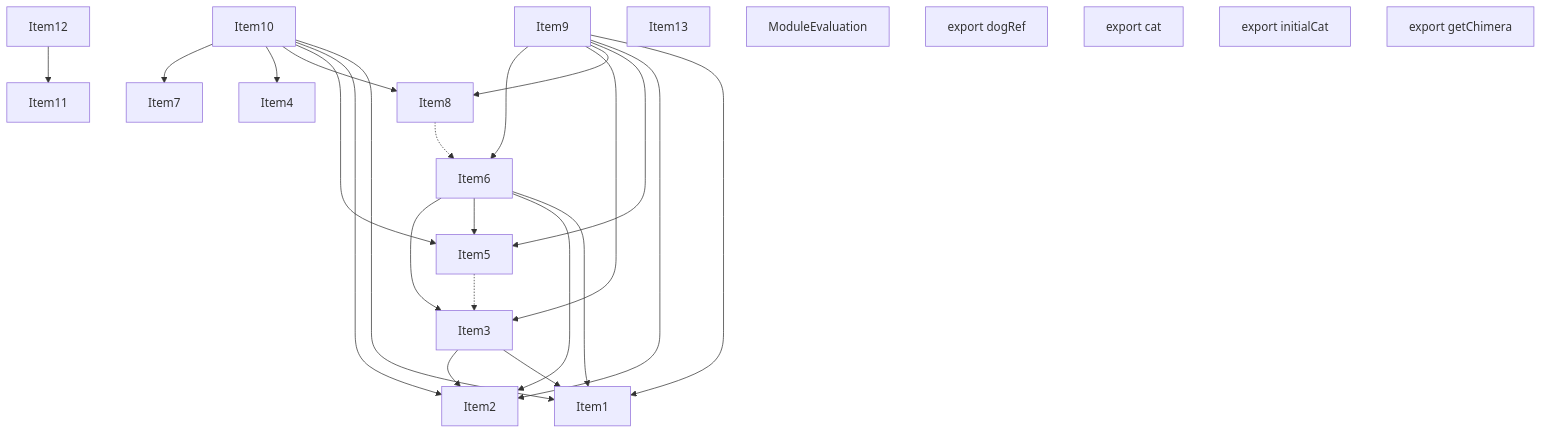
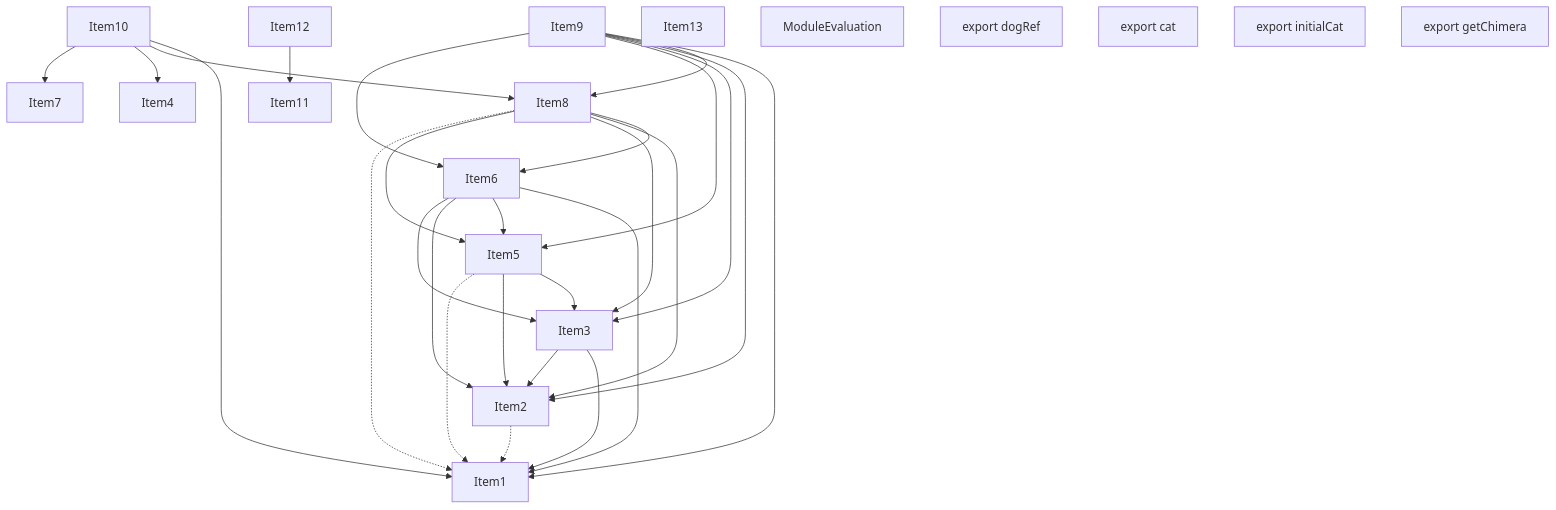
Before and after one commit to vercel/turborepo: the second of 5 diagrams in crates/turbopack-ecmascript/tests/tree-shaker/analyzer/complex/output.md, drawn with Mermaid. The commit also changed other lines of this file and 3 other files, not shown here.

````diff
--- a/crates/turbopack-ecmascript/tests/tree-shaker/analyzer/complex/output.md
+++ b/crates/turbopack-ecmascript/tests/tree-shaker/analyzer/complex/output.md
@@ -178,47 +181,52 @@
 ```mermaid
 graph TD
     Item1;
     Item2;
     Item3;
     Item4;
     Item5;
     Item6;
     Item7;
     Item8;
     Item9;
     Item10;
     Item11;
     Item12;
     Item13;
     Item14;
     Item14["ModuleEvaluation"];
     Item15;
     Item15["export dogRef"];
     Item16;
     Item16["export cat"];
     Item17;
     Item17["export initialCat"];
     Item18;
     Item18["export getChimera"];
+    Item2 -.-> Item1;
     Item3 --> Item1;
     Item3 --> Item2;
-    Item5 -.-> Item3;
+    Item5 --> Item3;
+    Item5 --> Item2;
+    Item5 -.-> Item1;
     Item6 --> Item1;
+    Item6 --> Item5;
     Item6 --> Item2;
-    Item6 --> Item5;
     Item6 --> Item3;
-    Item8 -.-> Item6;
+    Item8 --> Item6;
+    Item8 --> Item2;
+    Item8 --> Item3;
+    Item8 --> Item5;
+    Item8 -.-> Item1;
     Item9 --> Item1;
+    Item9 --> Item8;
     Item9 --> Item2;
+    Item9 --> Item3;
     Item9 --> Item5;
-    Item9 --> Item8;
-    Item9 --> Item3;
     Item9 --> Item6;
     Item10 --> Item1;
-    Item10 --> Item2;
-    Item10 --> Item5;
     Item10 --> Item8;
     Item10 --> Item4;
     Item10 --> Item7;
     Item12 --> Item11;
 ```
````
